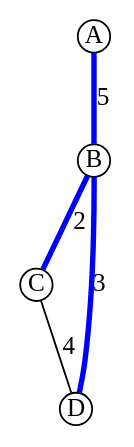
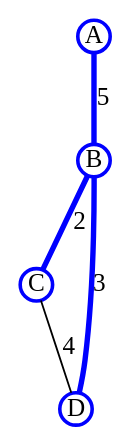
One commit to microtherion/FD1_HS13_U1_GKMN changed the diagram in graph/DemoSmallPrim4.dot. Above: the diagram before and after it, drawn with Graphviz. The commit also changed 5 other files, not shown here.

```diff
--- a/graph/DemoSmallPrim4.dot
+++ b/graph/DemoSmallPrim4.dot
@@ -1,7 +1,11 @@
 graph DemoSmall {
       node [height=0.25,width=0.25,fixedsize=true]
+      A [penwidth=2, color="blue"]
+      B [penwidth=2, color="blue"]
+      C [penwidth=2, color="blue"]
+      D [penwidth=2, color="blue"]
       A -- B [label="5", penwidth=3, color="blue"]
       B -- C [label="2", penwidth=3, color="blue"]
       B -- D [label="3", penwidth=3, color="blue"]
       C -- D [label="4"]
 }
```
